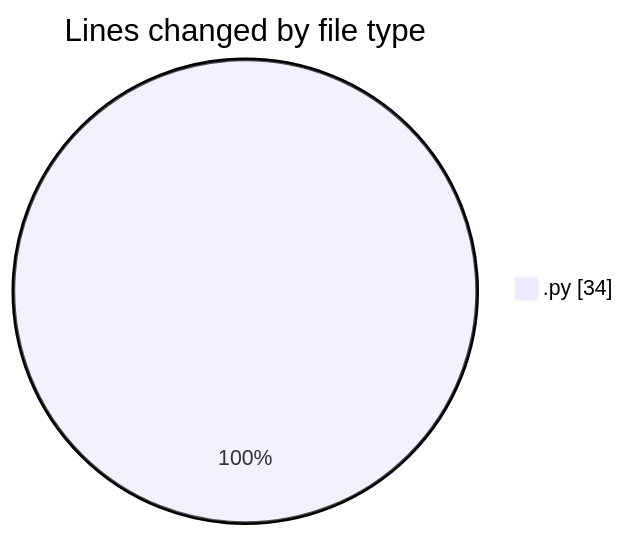
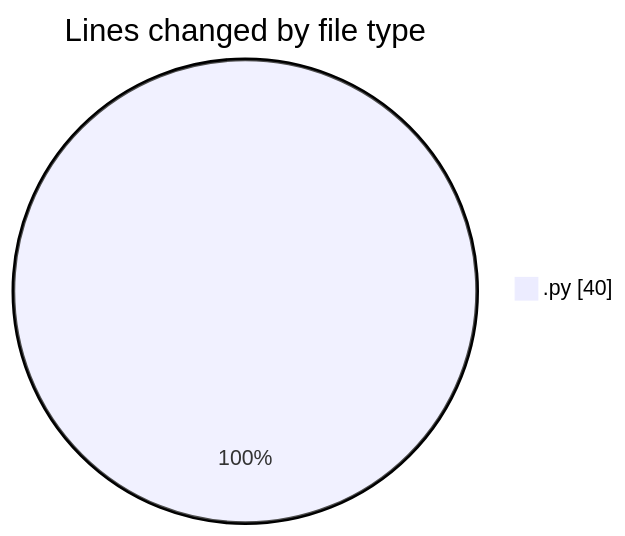
Before and after one commit to MatusMokan/code-tracking: the first of 2 diagrams in 2025-04-20/myws__workspace_/README.md, drawn with Mermaid. The commit also changed other lines of this file and 1 other file, not shown here.

````diff
--- a/2025-04-20/myws__workspace_/README.md
+++ b/2025-04-20/myws__workspace_/README.md
@@ -20,5 +20,5 @@
 ```mermaid
 pie showData
 title Lines changed by file type
-".py" : 34
+".py" : 40
 ```
````
